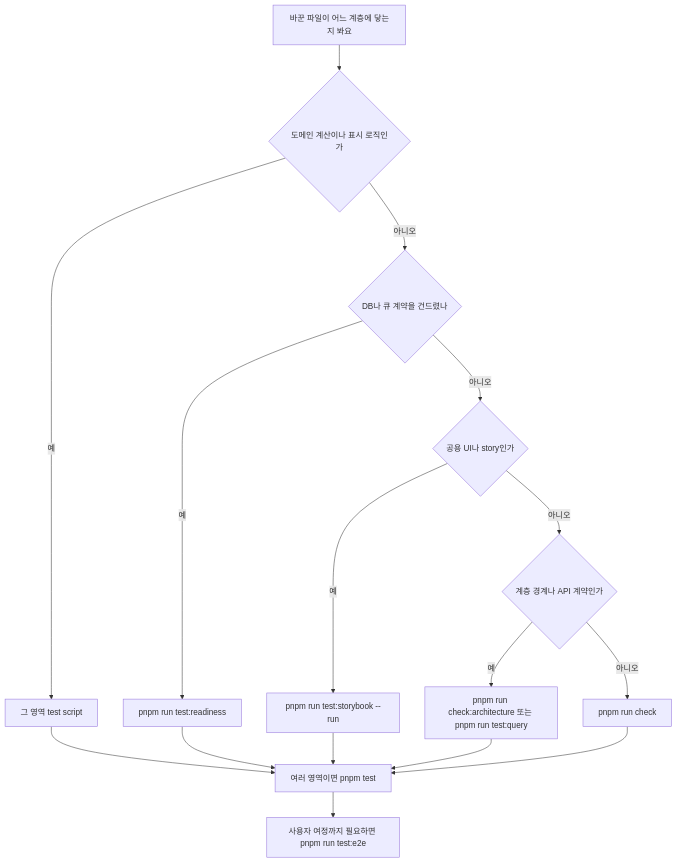
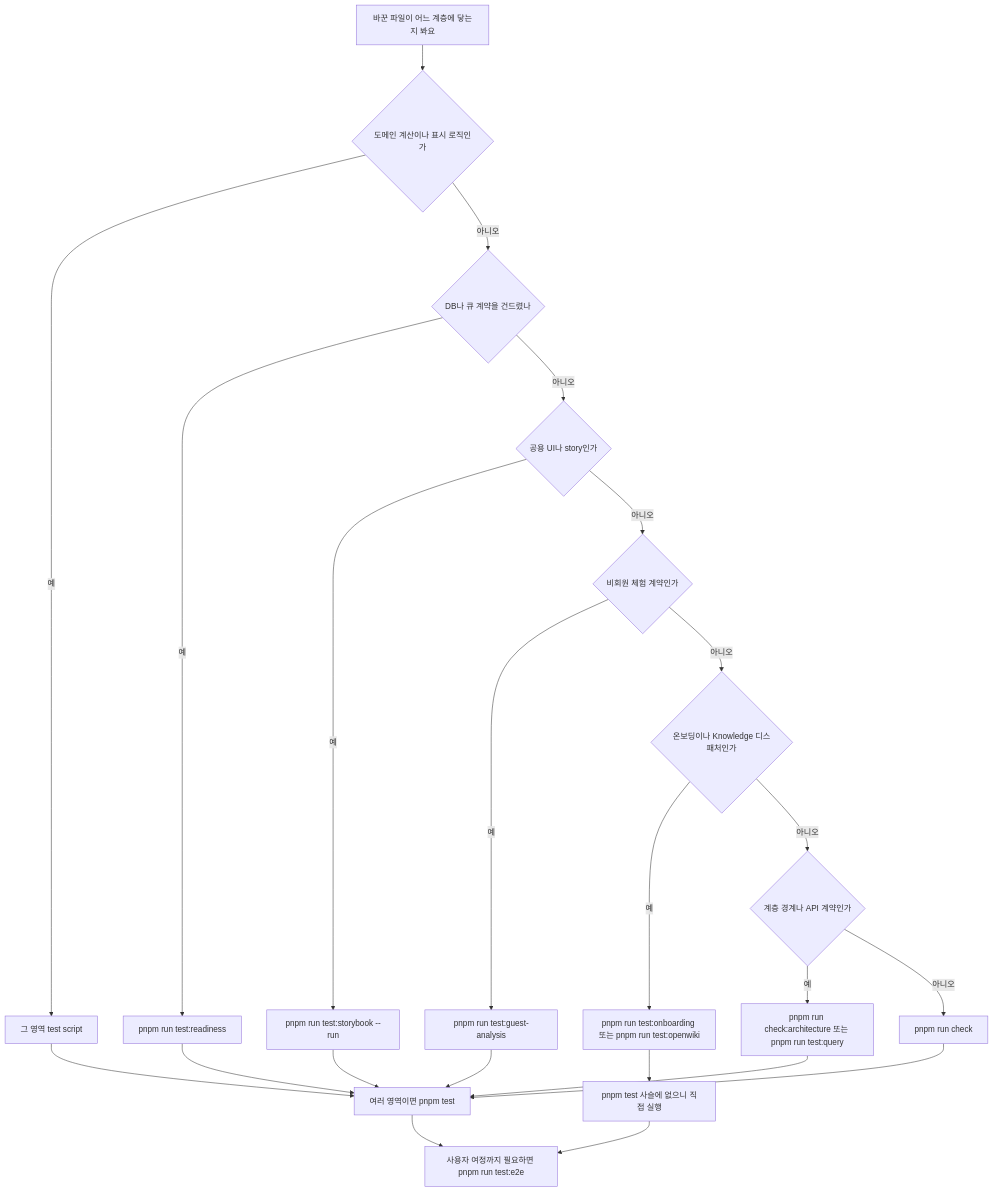
Before and after one commit to leey00nsu/copy-singer: the diagram in openwiki/testing/verification.md, drawn with Mermaid. The commit also changed other lines of this file and 55 other files, not shown here.

````diff
--- a/openwiki/testing/verification.md
+++ b/openwiki/testing/verification.md
@@ -77,18 +96,25 @@
 ```mermaid
 flowchart TD
     A["바꾼 파일이 어느 계층에 닿는지 봐요"] --> B{"도메인 계산이나 표시 로직인가"}
     B -- "예" --> C["그 영역 test script"]
     B -- "아니오" --> D{"DB나 큐 계약을 건드렸나"}
     D -- "예" --> E["pnpm run test:readiness"]
     D -- "아니오" --> F{"공용 UI나 story인가"}
     F -- "예" --> G["pnpm run test:storybook --run"]
-    F -- "아니오" --> H{"계층 경계나 API 계약인가"}
+    F -- "아니오" --> M{"비회원 체험 계약인가"}
+    M -- "예" --> N["pnpm run test:guest-analysis"]
+    M -- "아니오" --> P{"온보딩이나 Knowledge 디스패처인가"}
+    P -- "예" --> Q["pnpm run test:onboarding 또는 pnpm run test:openwiki"]
+    P -- "아니오" --> H{"계층 경계나 API 계약인가"}
     H -- "예" --> I["pnpm run check:architecture 또는 pnpm run test:query"]
     H -- "아니오" --> J["pnpm run check"]
     C --> K["여러 영역이면 pnpm test"]
     E --> K
     G --> K
+    N --> K
+    Q --> S["pnpm test 사슬에 없으니 직접 실행"]
+    S --> L
     I --> K
     J --> K
     K --> L["사용자 여정까지 필요하면 pnpm run test:e2e"]
 ```
````
